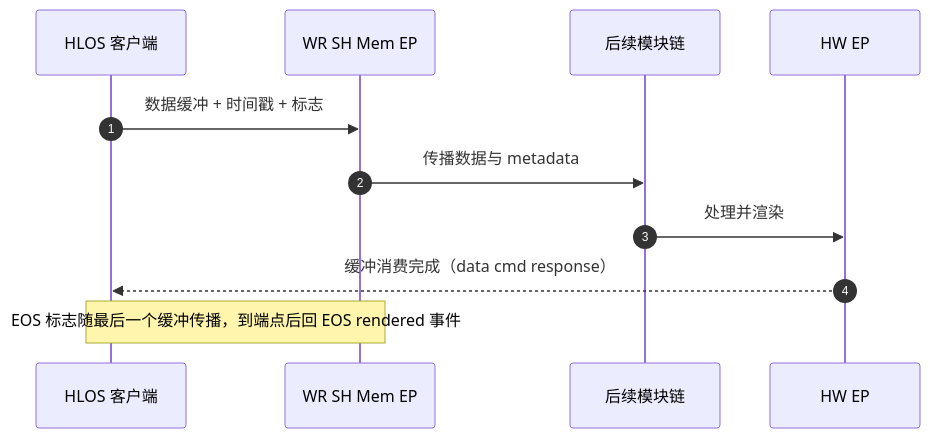
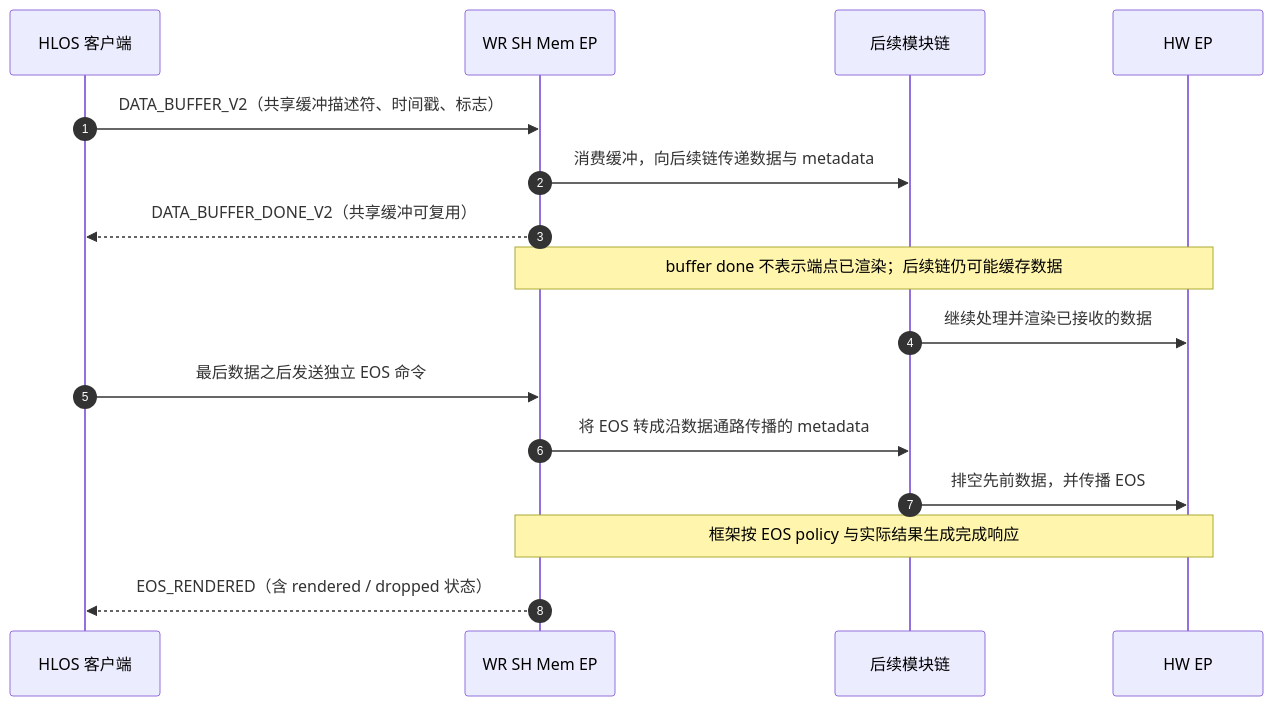
Before and after one commit to gbaxy/myblog: diagram 19 of 23 in src/content/blog/audioreach-architecture.md, drawn with Mermaid. The commit also changed other lines of this file, not shown here.

Commit message:
docs: update AudioReach architecture guide to v1.2

````diff
--- a/src/content/blog/audioreach-architecture.md
+++ b/src/content/blog/audioreach-architecture.md
@@ -1098,13 +1235,18 @@
 ```mermaid
 sequenceDiagram
     autonumber
     participant CL as HLOS 客户端
     participant EP as WR SH Mem EP
     participant CH as 后续模块链
     participant HW as HW EP
-    CL->>EP: 数据缓冲 + 时间戳 + 标志
-    EP->>CH: 传播数据与 metadata
-    CH->>HW: 处理并渲染
-    HW-->>CL: 缓冲消费完成（data cmd response）
-    Note over EP,CL: EOS 标志随最后一个缓冲传播，到端点后回 EOS rendered 事件
+    CL->>EP: DATA_BUFFER_V2（共享缓冲描述符、时间戳、标志）
+    EP->>CH: 消费缓冲，向后续链传递数据与 metadata
+    EP-->>CL: DATA_BUFFER_DONE_V2（共享缓冲可复用）
+    Note over EP,HW: buffer done 不表示端点已渲染；后续链仍可能缓存数据
+    CH->>HW: 继续处理并渲染已接收的数据
+    CL->>EP: 最后数据之后发送独立 EOS 命令
+    EP->>CH: 将 EOS 转成沿数据通路传播的 metadata
+    CH->>HW: 排空先前数据，并传播 EOS
+    Note over EP,HW: 框架按 EOS policy 与实际结果生成完成响应
+    EP-->>CL: EOS_RENDERED（含 rendered / dropped 状态）
 ```
````
